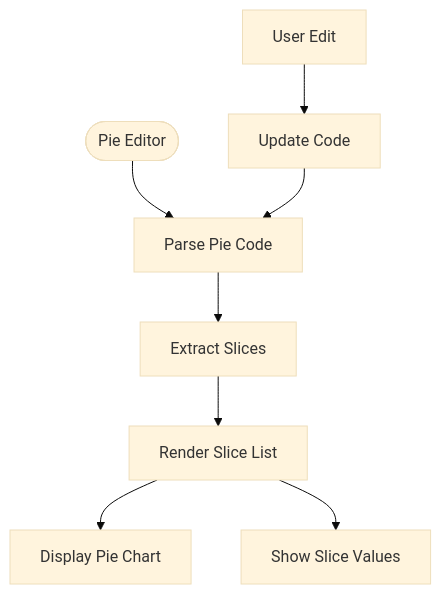
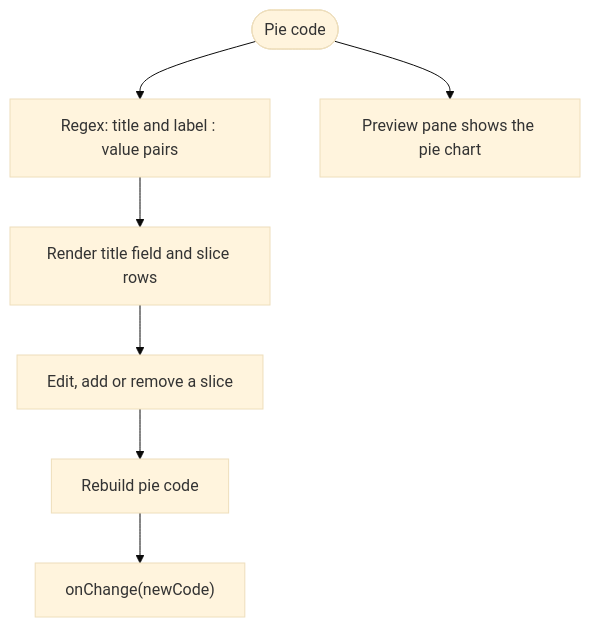
One commit to ongchonghian/universal-diagram-editor changed the fifth of 10 diagrams in .qoder/repowiki/en/content/Diagram Types and Formats/Mermaid Diagrams/Advanced Chart Types.md. Above: the diagram before and after it, drawn with Mermaid (base theme). The commit also changed other lines of this file and 31 other files, not shown here.

````diff
--- a/.qoder/repowiki/en/content/Diagram Types and Formats/Mermaid Diagrams/Advanced Chart Types.md
+++ b/.qoder/repowiki/en/content/Diagram Types and Formats/Mermaid Diagrams/Advanced Chart Types.md
@@ -195,10 +173,9 @@
 ```mermaid
 flowchart TD
-Start(["Pie Editor"]) --> Parse["Parse Pie Code"]
-Parse --> Slices["Extract Slices"]
-Slices --> UI["Render Slice List"]
-UI --> Preview["Display Pie Chart"]
-UI --> Sidebar["Show Slice Values"]
-Edit["User Edit"] --> Update["Update Code"]
-Update --> Parse
+Start(["Pie code"]) --> Parse["Regex: title and label : value pairs"]
+Parse --> UI["Render title field and slice rows"]
+UI --> Edit["Edit, add or remove a slice"]
+Edit --> Update["Rebuild pie code"]
+Update --> Out["onChange(newCode)"]
+Start --> Preview["Preview pane shows the pie chart"]
 ```
````
